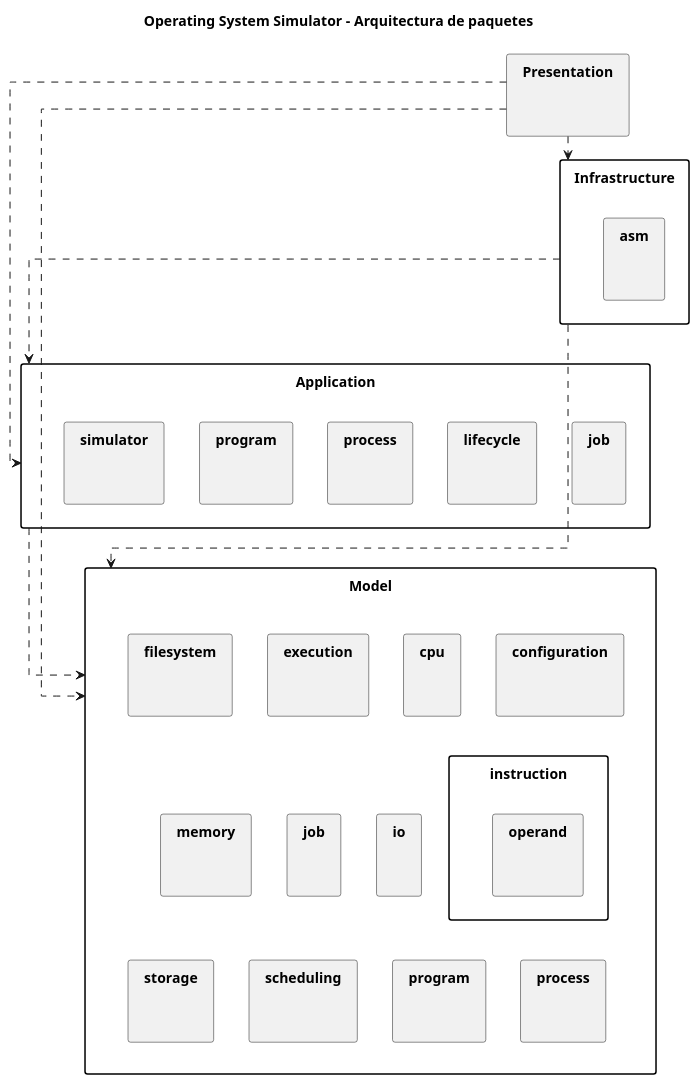
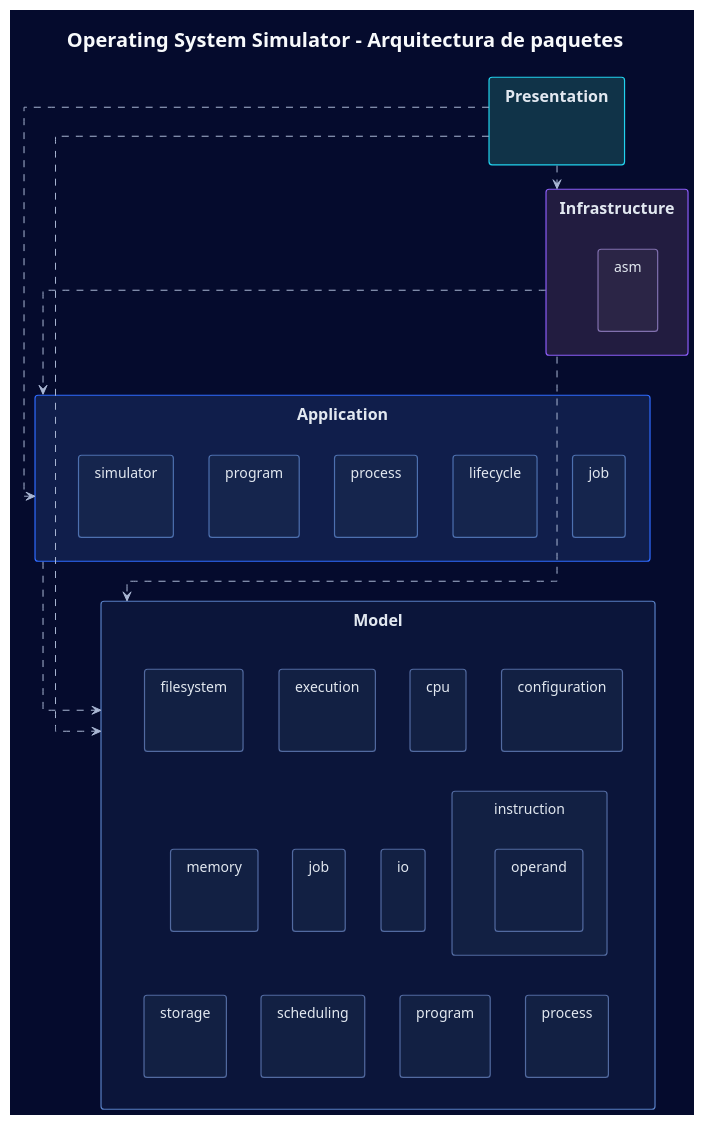
Before and after one commit to RaJami1205/Operating_System_Simulator: the diagram in docs/uml/package-architecture.puml, drawn with PlantUML. The commit also changed 1 other file, not shown here.

Commit message:
Docs: Mejora del estilo visual de los diagramas UML

```diff
--- a/docs/uml/package-architecture.puml
+++ b/docs/uml/package-architecture.puml
@@ -1,63 +1,148 @@
 @startuml
 top to bottom direction
 skinparam packageStyle rectangle
-skinparam monochrome true
-skinparam shadowing false
 skinparam linetype ortho
 skinparam nodesep 35
 skinparam ranksep 60
 skinparam padding 6
+
+<style>
+root {
+  BackgroundColor #050B2D
+  FontName Arial
+  FontColor #F8FAFC
+  FontSize 14
+  Shadowing 0
+}
+title {
+  FontColor #F8FAFC
+  FontSize 20
+  FontStyle bold
+}
+package {
+  BackgroundColor #0B153A
+  LineColor #526AA0
+  LineThickness 1.2
+  FontColor #E2E8F0
+  FontSize 14
+  FontStyle plain
+  RoundCorner 6
+}
+arrow {
+  LineColor #AAB7D4
+  FontColor #AAB7D4
+  FontSize 12
+  LineThickness 1.2
+}
+.presentation {
+  BackgroundColor #103348
+  LineColor #22D3EE
+  FontSize 16
+  FontStyle bold
+}
+.application {
+  BackgroundColor #101E4B
+  LineColor #2F6BFF
+  FontSize 16
+  FontStyle bold
+}
+.model {
+  BackgroundColor #0B153A
+  LineColor #587FC4
+  FontSize 16
+  FontStyle bold
+}
+.infrastructure {
+  BackgroundColor #221C40
+  LineColor #8B5CF6
+  FontSize 16
+  FontStyle bold
+}
+.applicationChild {
+  BackgroundColor #15254D
+  LineColor #4D70AF
+}
+.modelChild {
+  BackgroundColor #122043
+  LineColor #526AA0
+}
+.infrastructureChild {
+  BackgroundColor #2B2546
+  LineColor #8170AE
+}
+</style>
+hide stereotype
 
 title Operating System Simulator - Arquitectura de paquetes
 ' Raíz común: io.github.rajami1205.osimulator
 ' Dependencias derivadas de imports internos; tipos anidados se atribuyen a su paquete.
 ' Vista resumida: omite exception y agrega las relaciones entre capas.
 
-package "Presentation" as pkg_presentation {}
-package "Application" as pkg_application {
-  package "job" as pkg_application_job {}
-  package "lifecycle" as pkg_application_lifecycle {}
-  package "process" as pkg_application_process {}
-  package "program" as pkg_application_program {}
-  package "simulator" as pkg_application_simulator {}
+package "Presentation" as pkg_presentation <<presentation>> {
+
 }
-package "Infrastructure" as pkg_infrastructure {
-  package "asm" as pkg_infrastructure_asm {}
+package "Application" as pkg_application <<application>> {
+  package "job" as pkg_application_job <<applicationChild>> {
+  }
+  package "lifecycle" as pkg_application_lifecycle <<applicationChild>> {
+  }
+  package "process" as pkg_application_process <<applicationChild>> {
+  }
+  package "program" as pkg_application_program <<applicationChild>> {
+  }
+  package "simulator" as pkg_application_simulator <<applicationChild>> {
+  }
 }
-package "Model" as pkg_model {
+package "Infrastructure" as pkg_infrastructure <<infrastructure>> {
+  package "asm" as pkg_infrastructure_asm <<infrastructureChild>> {
+  }
+}
+package "Model" as pkg_model <<model>> {
   together {
-    package "configuration" as pkg_model_configuration {}
-    package "cpu" as pkg_model_cpu {}
-    package "execution" as pkg_model_execution {}
-    package "filesystem" as pkg_model_filesystem {}
+    package "configuration" as pkg_model_configuration <<modelChild>> {
+    }
+    package "cpu" as pkg_model_cpu <<modelChild>> {
+    }
+    package "execution" as pkg_model_execution <<modelChild>> {
+    }
+    package "filesystem" as pkg_model_filesystem <<modelChild>> {
+    }
   }
   together {
-    package "instruction" as pkg_model_instruction {
-      package "operand" as pkg_model_instruction_operand {}
+    package "instruction" as pkg_model_instruction <<modelChild>> {
+      package "operand" as pkg_model_instruction_operand <<modelChild>> {
+      }
     }
-    package "io" as pkg_model_io {}
-    package "job" as pkg_model_job {}
-    package "memory" as pkg_model_memory {}
+    package "io" as pkg_model_io <<modelChild>> {
+    }
+    package "job" as pkg_model_job <<modelChild>> {
+    }
+    package "memory" as pkg_model_memory <<modelChild>> {
+    }
   }
   together {
-    package "process" as pkg_model_process {}
-    package "program" as pkg_model_program {}
-    package "scheduling" as pkg_model_scheduling {}
-    package "storage" as pkg_model_storage {}
+    package "process" as pkg_model_process <<modelChild>> {
+    }
+    package "program" as pkg_model_program <<modelChild>> {
+    }
+    package "scheduling" as pkg_model_scheduling <<modelChild>> {
+    }
+    package "storage" as pkg_model_storage <<modelChild>> {
+    }
   }
 }
 
 pkg_application ..> pkg_model
 pkg_infrastructure ..> pkg_application
 pkg_infrastructure ..> pkg_model
 pkg_presentation ..> pkg_application
 pkg_presentation ..> pkg_infrastructure
 pkg_presentation ..> pkg_model
 
 ' Sólo layout: estos enlaces ocultos no representan dependencias reales.
 pkg_model_configuration -[hidden]down-> pkg_model_instruction
 pkg_model_instruction -[hidden]down-> pkg_model_process
 
 pkg_application -[hidden]down-> pkg_model
 
 @enduml
```
